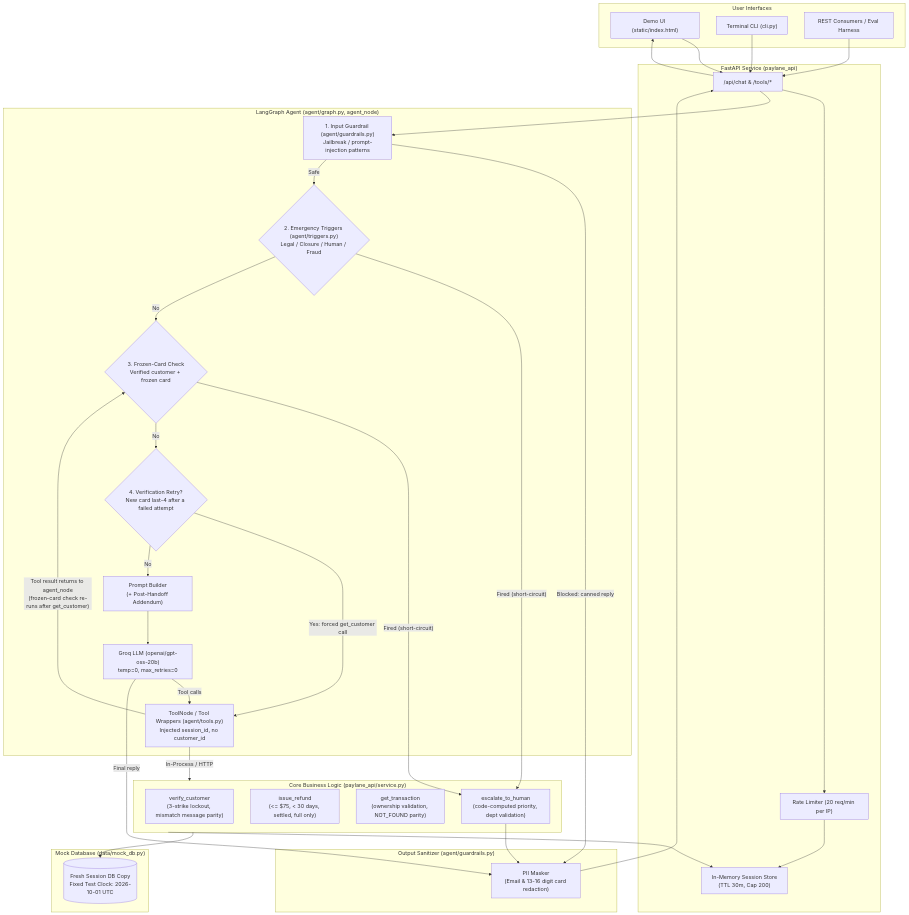
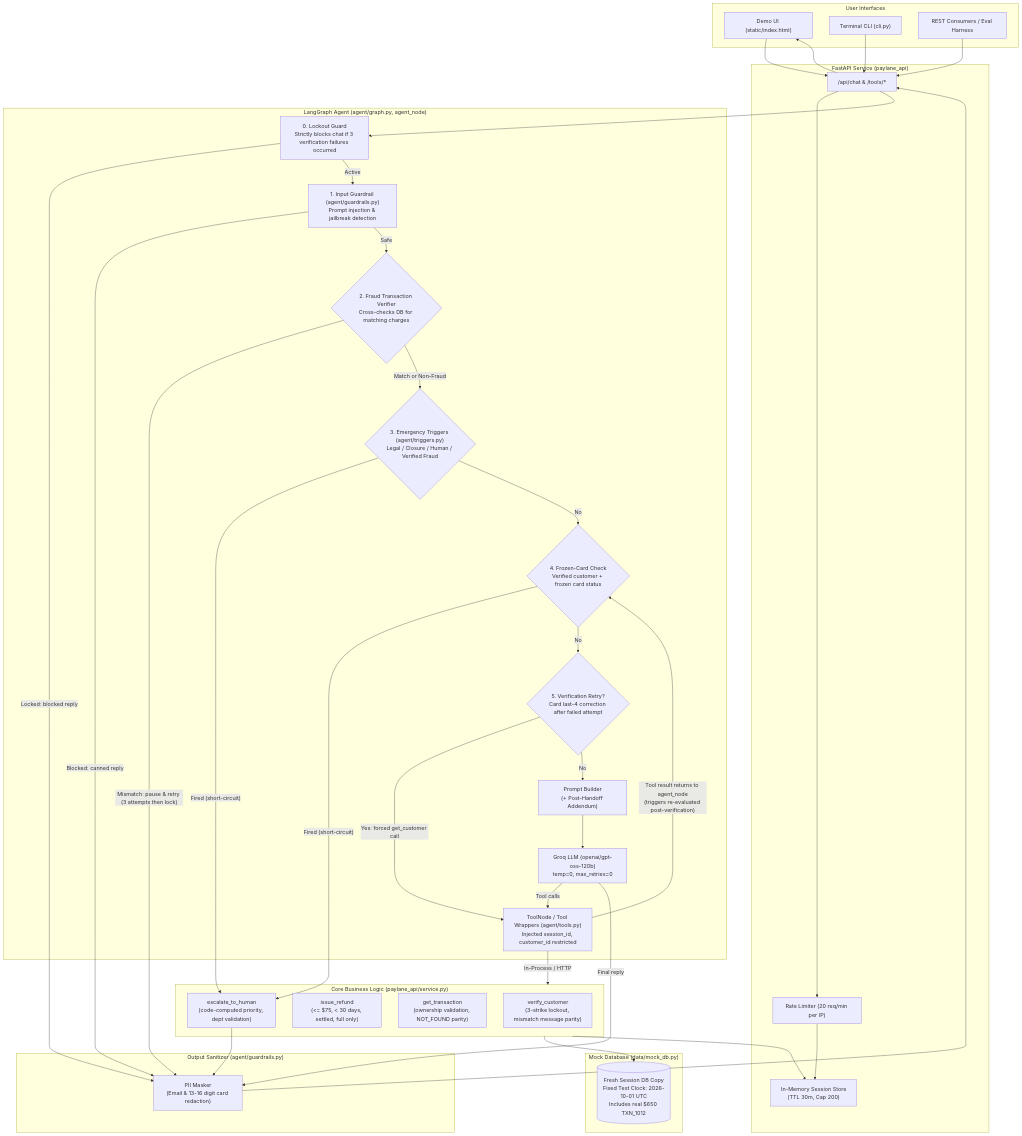
The diagram in README.md (prathammande2403/Paylane-Support-Agent), drawn with Mermaid before and after one commit. The commit also changed other lines of this file and 16 other files, not shown here.

Commit message:
Fix fraud detection triggers and strict transaction verification

````diff
--- a/README.md
+++ b/README.md
@@ -31,64 +34,70 @@
 ```mermaid
 flowchart TD
     subgraph Client["User Interfaces"]
         UI["Demo UI (static/index.html)"]
         CLI["Terminal CLI (cli.py)"]
         API_Client["REST Consumers / Eval Harness"]
     end
 
     subgraph API["FastAPI Service (paylane_api)"]
         Endpoint["/api/chat & /tools/*"]
         RateLimit["Rate Limiter (20 req/min per IP)"]
         SessionStore["In-Memory Session Store<br/>(TTL 30m, Cap 200)"]
     end
 
     subgraph Agent["LangGraph Agent (agent/graph.py, agent_node)"]
-        Guard["1. Input Guardrail (agent/guardrails.py)<br/>Jailbreak / prompt-injection patterns"]
-        Triggers{"2. Emergency Triggers (agent/triggers.py)<br/>Legal / Closure / Human / Fraud"}
-        Frozen{"3. Frozen-Card Check<br/>Verified customer + frozen card"}
-        Retry{"4. Verification Retry?<br/>New card last-4 after a failed attempt"}
+        LockGuard["0. Lockout Guard<br/>Strictly blocks chat if 3 verification failures occurred"]
+        Guard["1. Input Guardrail (agent/guardrails.py)<br/>Prompt injection & jailbreak detection"]
+        FraudCheck{"2. Fraud Transaction Verifier<br/>Cross-checks DB for matching charges"}
+        Triggers{"3. Emergency Triggers (agent/triggers.py)<br/>Legal / Closure / Human / Verified Fraud"}
+        Frozen{"4. Frozen-Card Check<br/>Verified customer + frozen card status"}
+        Retry{"5. Verification Retry?<br/>Card last-4 correction after failed attempt"}
         PromptBuilder["Prompt Builder<br/>(+ Post-Handoff Addendum)"]
-        GroqLLM["Groq LLM (openai/gpt-oss-20b)<br/>temp=0, max_retries=0"]
-        ToolWrappers["ToolNode / Tool Wrappers (agent/tools.py)<br/>Injected session_id, no customer_id"]
+        GroqLLM["Groq LLM (openai/gpt-oss-120b)<br/>temp=0, max_retries=0"]
+        ToolWrappers["ToolNode / Tool Wrappers (agent/tools.py)<br/>Injected session_id, customer_id restricted"]
     end
 
     subgraph ServiceLayer["Core Business Logic (paylane_api/service.py)"]
         VerifyRules["verify_customer<br/>(3-strike lockout, mismatch message parity)"]
         RefundRules["issue_refund<br/>(<= $75, < 30 days, settled, full only)"]
         TxnRules["get_transaction<br/>(ownership validation, NOT_FOUND parity)"]
         EscalateRules["escalate_to_human<br/>(code-computed priority, dept validation)"]
     end
 
     subgraph Data["Mock Database (data/mock_db.py)"]
-        MockDB[("Fresh Session DB Copy<br/>Fixed Test Clock: 2026-10-01 UTC")]
+        MockDB[("Fresh Session DB Copy<br/>Fixed Test Clock: 2026-10-01 UTC<br/>Includes real $650 TXN_1012")]
     end
 
     subgraph PostCheck["Output Sanitizer (agent/guardrails.py)"]
         PIIFilter["PII Masker<br/>(Email & 13-16 digit card redaction)"]
     end
 
     UI --> Endpoint
     CLI --> Endpoint
     API_Client --> Endpoint
     Endpoint --> RateLimit --> SessionStore
 
-    Endpoint --> Guard
+    Endpoint --> LockGuard
+    LockGuard -- "Locked: blocked reply" --> PIIFilter
+    LockGuard -- "Active" --> Guard
     Guard -- "Blocked: canned reply" --> PIIFilter
-    Guard -- "Safe" --> Triggers
+    Guard -- "Safe" --> FraudCheck
+    FraudCheck -- "Mismatch: pause & retry (3 attempts then lock)" --> PIIFilter
+    FraudCheck -- "Match or Non-Fraud" --> Triggers
     Triggers -- "Fired (short-circuit)" --> EscalateRules
     Triggers -- "No" --> Frozen
     Frozen -- "Fired (short-circuit)" --> EscalateRules
     Frozen -- "No" --> Retry
     Retry -- "Yes: forced get_customer call" --> ToolWrappers
     Retry -- "No" --> PromptBuilder --> GroqLLM
 
     GroqLLM -- "Tool calls" --> ToolWrappers
     ToolWrappers -- "In-Process / HTTP" --> ServiceLayer
-    ToolWrappers -- "Tool result returns to agent_node<br/>(frozen-card check re-runs after get_customer)" --> Frozen
+    ToolWrappers -- "Tool result returns to agent_node<br/>(triggers re-evaluated post-verification)" --> Frozen
     ServiceLayer --> MockDB
     ServiceLayer --> SessionStore
 
     GroqLLM -- "Final reply" --> PIIFilter
     EscalateRules --> PIIFilter
     PIIFilter --> Endpoint --> UI
 ```
````
